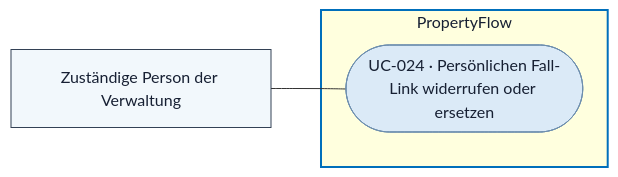
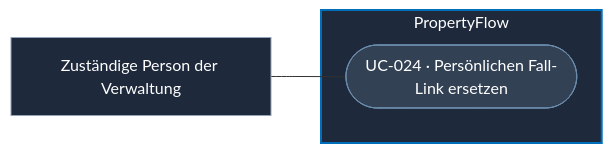
Before and after one commit to permarco/propertyflow: the diagram in docs/use_cases/UC-024-fall-link-widerrufen-oder-ersetzen.md, drawn with Mermaid. The commit also changed other lines of this file and 67 other files, not shown here.

````diff
--- a/docs/use_cases/UC-024-fall-link-widerrufen-oder-ersetzen.md
+++ b/docs/use_cases/UC-024-fall-link-widerrufen-oder-ersetzen.md
@@ -12,13 +12,13 @@
 ```mermaid
 flowchart LR
 AKTEUR["Zuständige Person der Verwaltung"]:::participant
 
 subgraph PF["PropertyFlow"]
-    UC(["UC-024 · Persönlichen Fall-Link widerrufen oder ersetzen"]):::goal
+    UC(["UC-024 · Persönlichen Fall-Link ersetzen"]):::goal
 end
 
 AKTEUR --- UC
-classDef participant fill:#f2f8fc,stroke:#334155,color:#172033
-classDef goal fill:#dbeaf7,stroke:#6d8eae,color:#172033
-style PF stroke:#006fbb,stroke-width:2px,color:#172033
+classDef participant fill:#1e293b,stroke:#94a3b8,color:#ffffff
+classDef goal fill:#334155,stroke:#6d8eae,color:#ffffff
+style PF fill:#1e293b,stroke:#006fbb,stroke-width:2px,color:#ffffff
 ```
````
